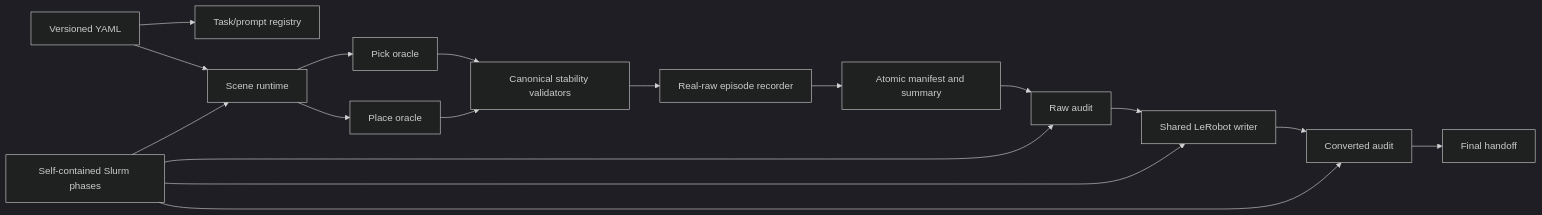
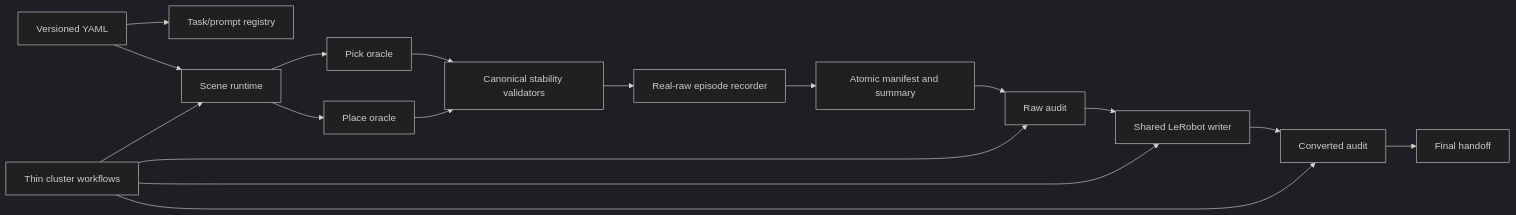
Before and after one commit to MingqianW/embodied-ai-xarm: the diagram in docs/simulation_data/ARCHITECTURE.md, drawn with Mermaid (dark theme). The commit also changed other lines of this file and 36 other files, not shown here.

````diff
--- a/docs/simulation_data/ARCHITECTURE.md
+++ b/docs/simulation_data/ARCHITECTURE.md
@@ -3,19 +3,19 @@
 ```mermaid
 flowchart LR
   Y[Versioned YAML] --> R[Task/prompt registry]
   Y --> S[Scene runtime]
   S --> P[Pick oracle]
   S --> L[Place oracle]
   P --> V[Canonical stability validators]
   L --> V
   V --> E[Real-raw episode recorder]
   E --> M[Atomic manifest and summary]
   M --> A[Raw audit]
   A --> C[Shared LeRobot writer]
   C --> D[Converted audit]
   D --> H[Final handoff]
-  J[Self-contained Slurm phases] --> S
+  J[Thin cluster workflows] --> S
   J --> A
   J --> C
   J --> D
 ```
````
